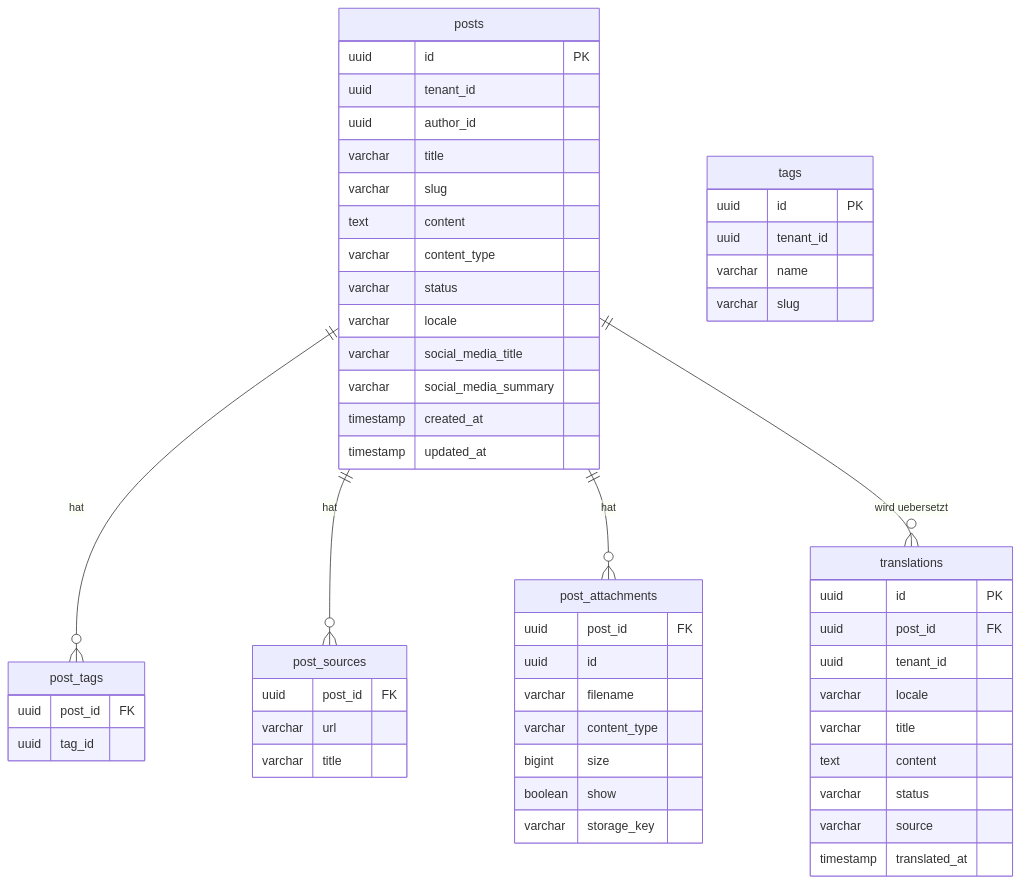
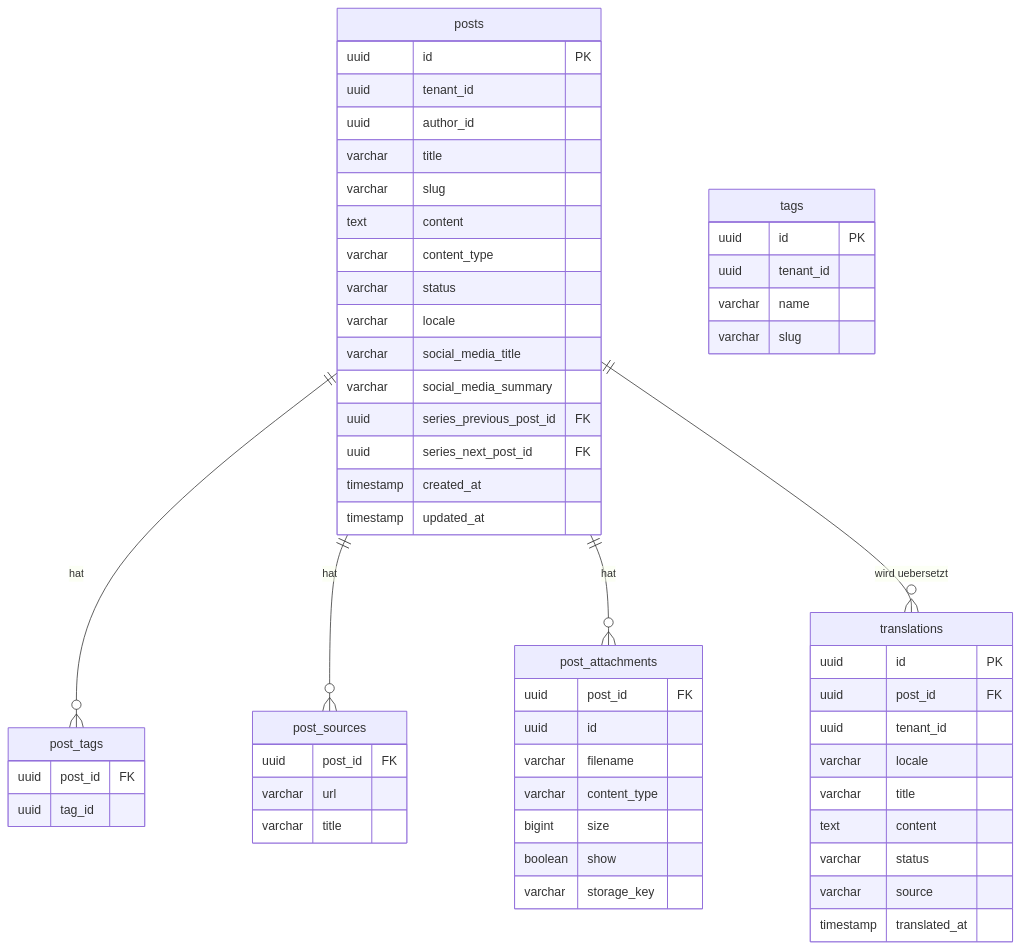
Before and after one commit to tomirgang/tomsblog: the tenth of 13 diagrams in docs/design/modules/ROOT/pages/blog-content/index.adoc, drawn with Mermaid. The commit also changed other lines of this file and 31 other files, not shown here.

```diff
--- a/docs/design/modules/ROOT/pages/blog-content/index.adoc
+++ b/docs/design/modules/ROOT/pages/blog-content/index.adoc
@@ -655,59 +700,61 @@
 [mermaid]
 ----
 erDiagram
     posts {
         uuid id PK
         uuid tenant_id
         uuid author_id
         varchar title
         varchar slug
         text content
         varchar content_type
         varchar status
         varchar locale
         varchar social_media_title
         varchar social_media_summary
+        uuid series_previous_post_id FK
+        uuid series_next_post_id FK
         timestamp created_at
         timestamp updated_at
     }
     tags {
         uuid id PK
         uuid tenant_id
         varchar name
         varchar slug
     }
     translations {
         uuid id PK
         uuid post_id FK
         uuid tenant_id
         varchar locale
         varchar title
         text content
         varchar status
         varchar source
         timestamp translated_at
     }
     post_tags {
         uuid post_id FK
         uuid tag_id
     }
     post_sources {
         uuid post_id FK
         varchar url
         varchar title
     }
     post_attachments {
         uuid post_id FK
         uuid id
         varchar filename
         varchar content_type
         bigint size
         boolean show
         varchar storage_key
     }
 
     posts ||--o{ post_tags : "hat"
     posts ||--o{ post_sources : "hat"
     posts ||--o{ post_attachments : "hat"
     posts ||--o{ translations : "wird uebersetzt"
 ----
```
